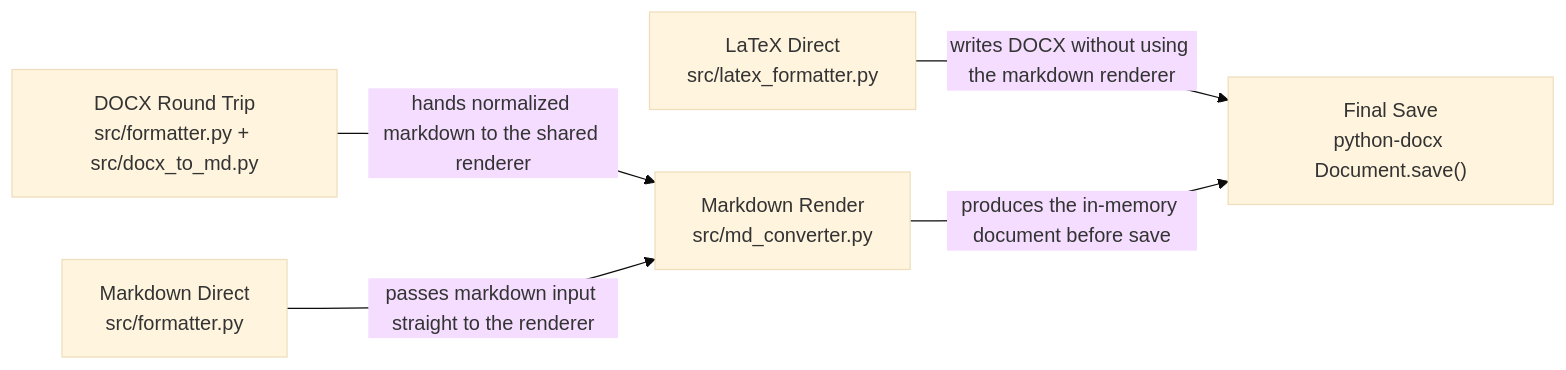
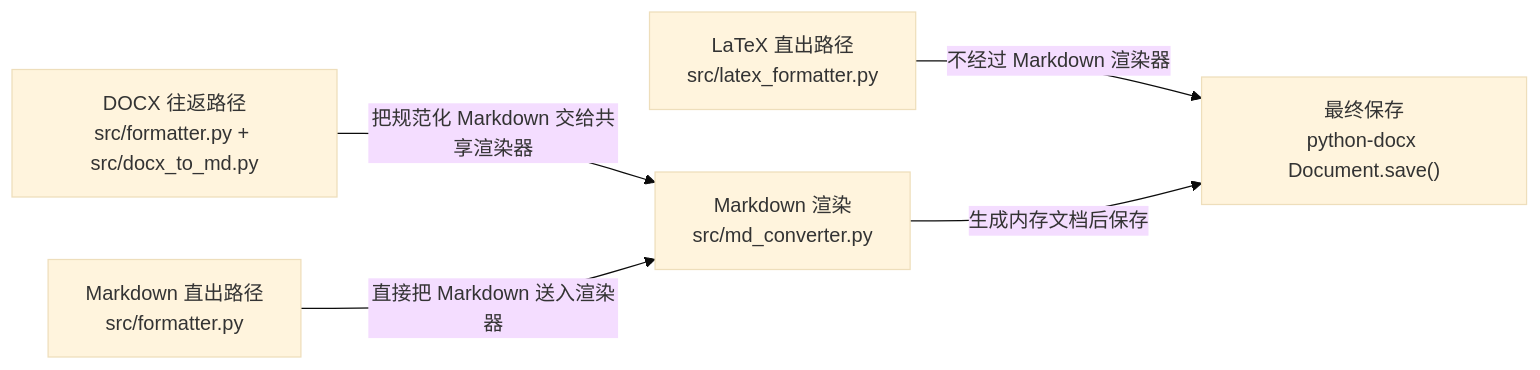
Before and after one commit to rayL-K/ToDOCX: the diagram in .omm/data-flow/conversion-pipeline/diagram.mmd, drawn with Mermaid (base theme). The commit also changed 14 other files, not shown here.

Commit message:
将 omm 图面标签切换为中文

```diff
--- a/.omm/data-flow/conversion-pipeline/diagram.mmd
+++ b/.omm/data-flow/conversion-pipeline/diagram.mmd
@@ -1,8 +1,8 @@
 graph LR
-    docx-roundtrip["DOCX Round Trip\nsrc/formatter.py + src/docx_to_md.py"]
-    docx-roundtrip -->|"hands normalized markdown to the shared renderer"| markdown-render["Markdown Render\nsrc/md_converter.py"]
-    markdown-direct["Markdown Direct\nsrc/formatter.py"]
-    markdown-direct -->|"passes markdown input straight to the renderer"| markdown-render
-    latex-direct["LaTeX Direct\nsrc/latex_formatter.py"]
-    latex-direct -->|"writes DOCX without using the markdown renderer"| final-save["Final Save\npython-docx Document.save()"]
-    markdown-render -->|"produces the in-memory document before save"| final-save
+    docx-roundtrip["DOCX 往返路径\nsrc/formatter.py + src/docx_to_md.py"]
+    docx-roundtrip -->|"把规范化 Markdown 交给共享渲染器"| markdown-render["Markdown 渲染\nsrc/md_converter.py"]
+    markdown-direct["Markdown 直出路径\nsrc/formatter.py"]
+    markdown-direct -->|"直接把 Markdown 送入渲染器"| markdown-render
+    latex-direct["LaTeX 直出路径\nsrc/latex_formatter.py"]
+    latex-direct -->|"不经过 Markdown 渲染器"| final-save["最终保存\npython-docx Document.save()"]
+    markdown-render -->|"生成内存文档后保存"| final-save
```
